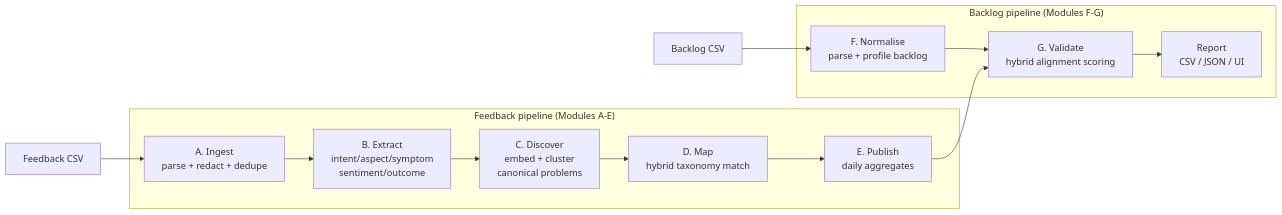
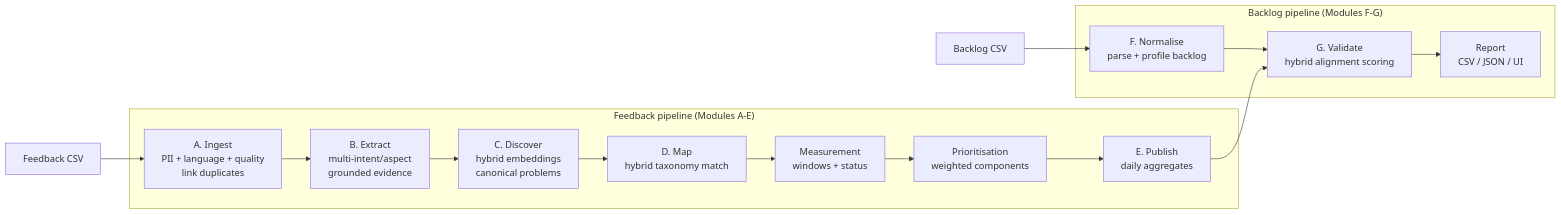
Before and after one commit to Jishhhh1403/-voice-analytics: the first of 10 diagrams in docs/pipeline-algorithms.md, drawn with Mermaid. The commit also changed other lines of this file and 106 other files, not shown here.

````diff
--- a/docs/pipeline-algorithms.md
+++ b/docs/pipeline-algorithms.md
@@ -11,22 +11,24 @@
 ```mermaid
 flowchart LR
     subgraph FEEDBACK["Feedback pipeline (Modules A-E)"]
-        A["A. Ingest<br/>parse + redact + dedupe"]
-        B["B. Extract<br/>intent/aspect/symptom<br/>sentiment/outcome"]
-        C["C. Discover<br/>embed + cluster<br/>canonical problems"]
+        A["A. Ingest<br/>PII + language + quality<br/>link duplicates"]
+        B["B. Extract<br/>multi-intent/aspect<br/>grounded evidence"]
+        C["C. Discover<br/>hybrid embeddings<br/>canonical problems"]
         D["D. Map<br/>hybrid taxonomy match"]
+        M["Measurement<br/>windows + status"]
+        P["Prioritisation<br/>weighted components"]
         E["E. Publish<br/>daily aggregates"]
-        A --> B --> C --> D --> E
+        A --> B --> C --> D --> M --> P --> E
     end
 
     subgraph BACKLOG["Backlog pipeline (Modules F-G)"]
         F["F. Normalise<br/>parse + profile backlog"]
         G["G. Validate<br/>hybrid alignment scoring"]
         R["Report<br/>CSV / JSON / UI"]
         F --> G --> R
     end
 
     CSV["Feedback CSV"] --> A
     E --> G
     BCSV["Backlog CSV"] --> F
 ```
````
